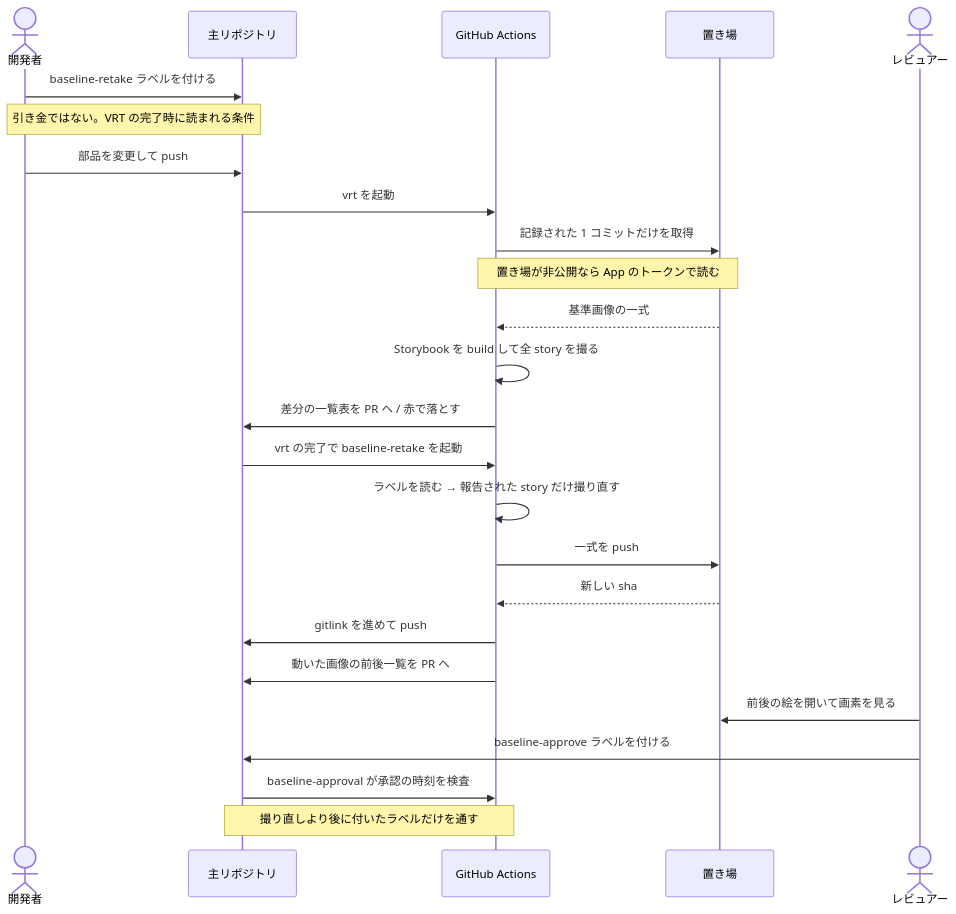
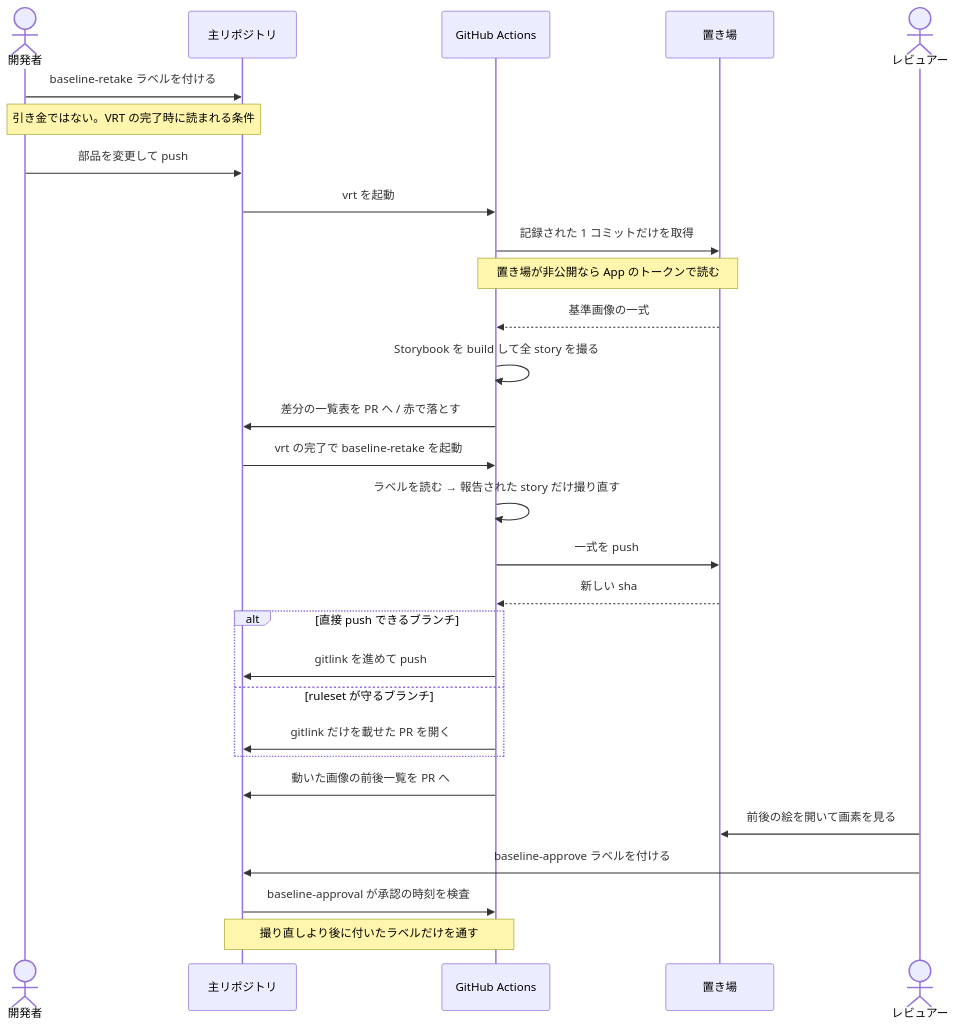
The second of 2 diagrams in docs/design/vrt.md (Tomy-ch/nextjs-boilerplate), drawn with Mermaid before and after one commit. The commit also changed other lines of this file and 4 other files, not shown here.

````diff
--- a/docs/design/vrt.md
+++ b/docs/design/vrt.md
@@ -66,31 +66,35 @@
 ```mermaid
 sequenceDiagram
     actor dev as 開発者
     participant main as 主リポジトリ
     participant gha as GitHub Actions
     participant store as 置き場
     actor rev as レビュアー
 
     dev->>main: baseline-retake ラベルを付ける
     Note over dev,main: 引き金ではない。VRT の完了時に読まれる条件
 
     dev->>main: 部品を変更して push
     main->>gha: vrt を起動
     gha->>store: 記録された 1 コミットだけを取得
     Note over gha,store: 置き場が非公開なら App のトークンで読む
     store-->>gha: 基準画像の一式
     gha->>gha: Storybook を build して全 story を撮る
     gha->>main: 差分の一覧表を PR へ / 赤で落とす
 
     main->>gha: vrt の完了で baseline-retake を起動
     gha->>gha: ラベルを読む → 報告された story だけ撮り直す
     gha->>store: 一式を push
     store-->>gha: 新しい sha
-    gha->>main: gitlink を進めて push
+    alt 直接 push できるブランチ
+        gha->>main: gitlink を進めて push
+    else ruleset が守るブランチ
+        gha->>main: gitlink だけを載せた PR を開く
+    end
     gha->>main: 動いた画像の前後一覧を PR へ
 
     rev->>store: 前後の絵を開いて画素を見る
     rev->>main: baseline-approve ラベルを付ける
     main->>gha: baseline-approval が承認の時刻を検査
     Note over main,gha: 撮り直しより後に付いたラベルだけを通す
 ```
````
